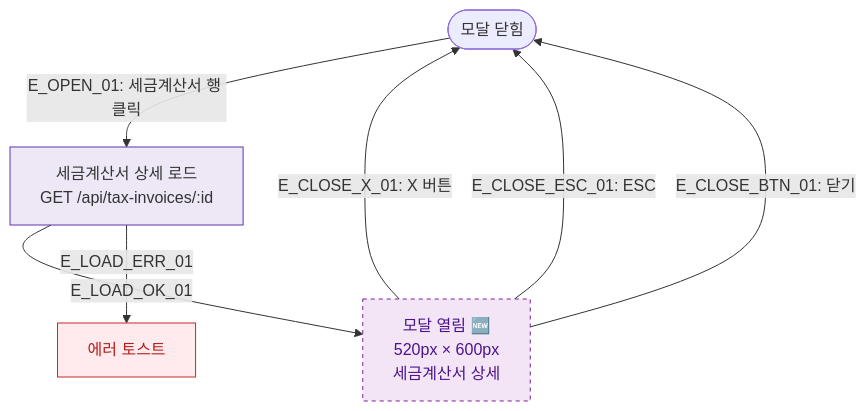
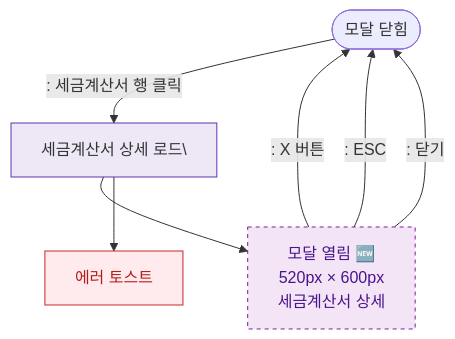
One commit to dev-spogym/admin-pando changed the diagram in docs/다이어그램/D03_매출관리/DLG-S010_세금계산서상세/M1_모달생명주기.md. Above: the diagram before and after it, drawn with Mermaid. The commit also changed other lines of this file and 1660 other files, not shown here.

First line of the commit message:
다이어그램: 기획자/클라이언트 납품본으로 정리

````diff
--- a/docs/다이어그램/D03_매출관리/DLG-S010_세금계산서상세/M1_모달생명주기.md
+++ b/docs/다이어그램/D03_매출관리/DLG-S010_세금계산서상세/M1_모달생명주기.md
@@ -20,18 +18,18 @@
 ```mermaid
 flowchart TD
-    CLOSED([모달 닫힘]) -->|"E_OPEN_01: 세금계산서 행 클릭"| LOAD[세금계산서 상세 로드\nGET /api/tax-invoices/:id]
-    LOAD -->|E_LOAD_OK_01| OPEN[모달 열림 🆕\n520px × 600px\n세금계산서 상세]
-    LOAD -->|E_LOAD_ERR_01| ERR_TOAST[에러 토스트]
+    CLOSED([모달 닫힘]) -->|": 세금계산서 행 클릭"|LOAD[세금계산서 상세 로드\]
+    LOAD --> OPEN[모달 열림 🆕\n520px × 600px\n세금계산서 상세]
+    LOAD --> ERR_TOAST[에러 토스트]
 
-    OPEN -->|"E_CLOSE_X_01: X 버튼"| CLOSED
-    OPEN -->|"E_CLOSE_ESC_01: ESC"| CLOSED
-    OPEN -->|"E_CLOSE_BTN_01: 닫기"| CLOSED
+    OPEN -->|": X 버튼"|CLOSED
+    OPEN -->|": ESC"|CLOSED
+    OPEN -->|": 닫기"|CLOSED
 
     classDef newFeature fill:#F3E5F5,stroke:#7B1FA2,color:#4A148C,stroke-dasharray:4 4
     classDef system fill:#EDE7F6,stroke:#5E35B2
     classDef error fill:#FFEBEE,stroke:#C62828,color:#B71C1C
 
     class OPEN newFeature
     class LOAD system
     class ERR_TOAST error
 ```
````
